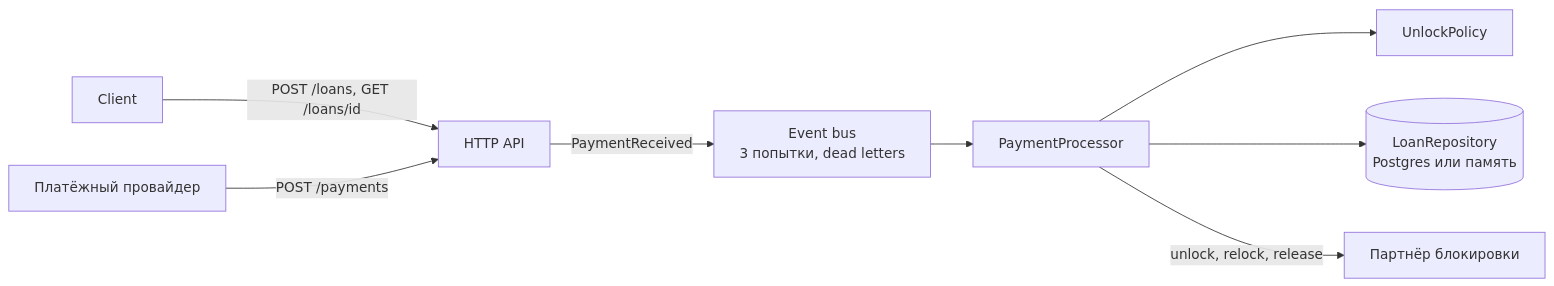
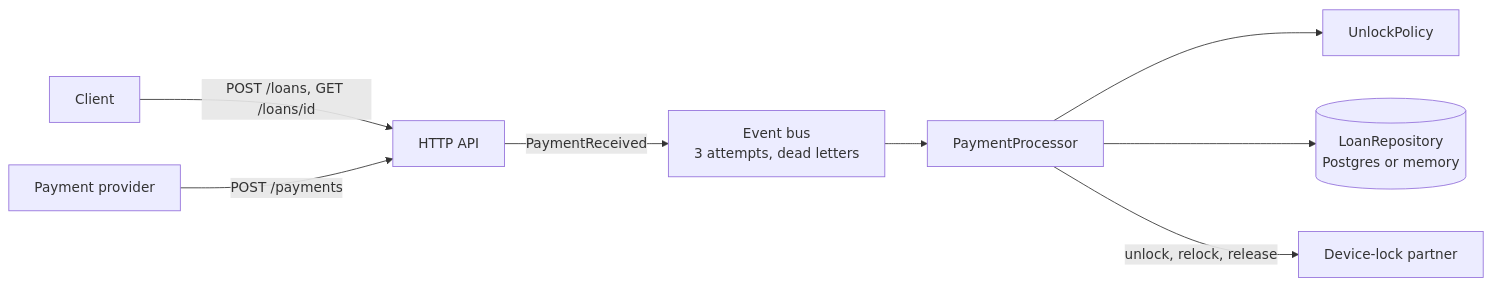
One commit to denisspunk/loan-platform-qa-lab changed the first of 2 diagrams in README.md. Above: the diagram before and after it, drawn with Mermaid. The commit also changed other lines of this file, not shown here.

````diff
--- a/README.md
+++ b/README.md
@@ -9,10 +9,10 @@
 ```mermaid
 flowchart LR
     Client -->|POST /loans, GET /loans/id| API[HTTP API]
-    PSP[Платёжный провайдер] -->|POST /payments| API
-    API -->|PaymentReceived| Bus[Event bus<br/>3 попытки, dead letters]
+    PSP[Payment provider] -->|POST /payments| API
+    API -->|PaymentReceived| Bus[Event bus<br/>3 attempts, dead letters]
     Bus --> Processor[PaymentProcessor]
     Processor --> Policy[UnlockPolicy]
-    Processor --> Repo[(LoanRepository<br/>Postgres или память)]
-    Processor -->|unlock, relock, release| Partner[Партнёр блокировки]
+    Processor --> Repo[(LoanRepository<br/>Postgres or memory)]
+    Processor -->|unlock, relock, release| Partner[Device-lock partner]
 ```
````
